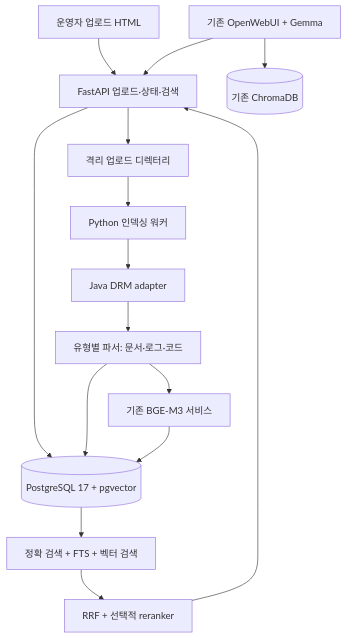
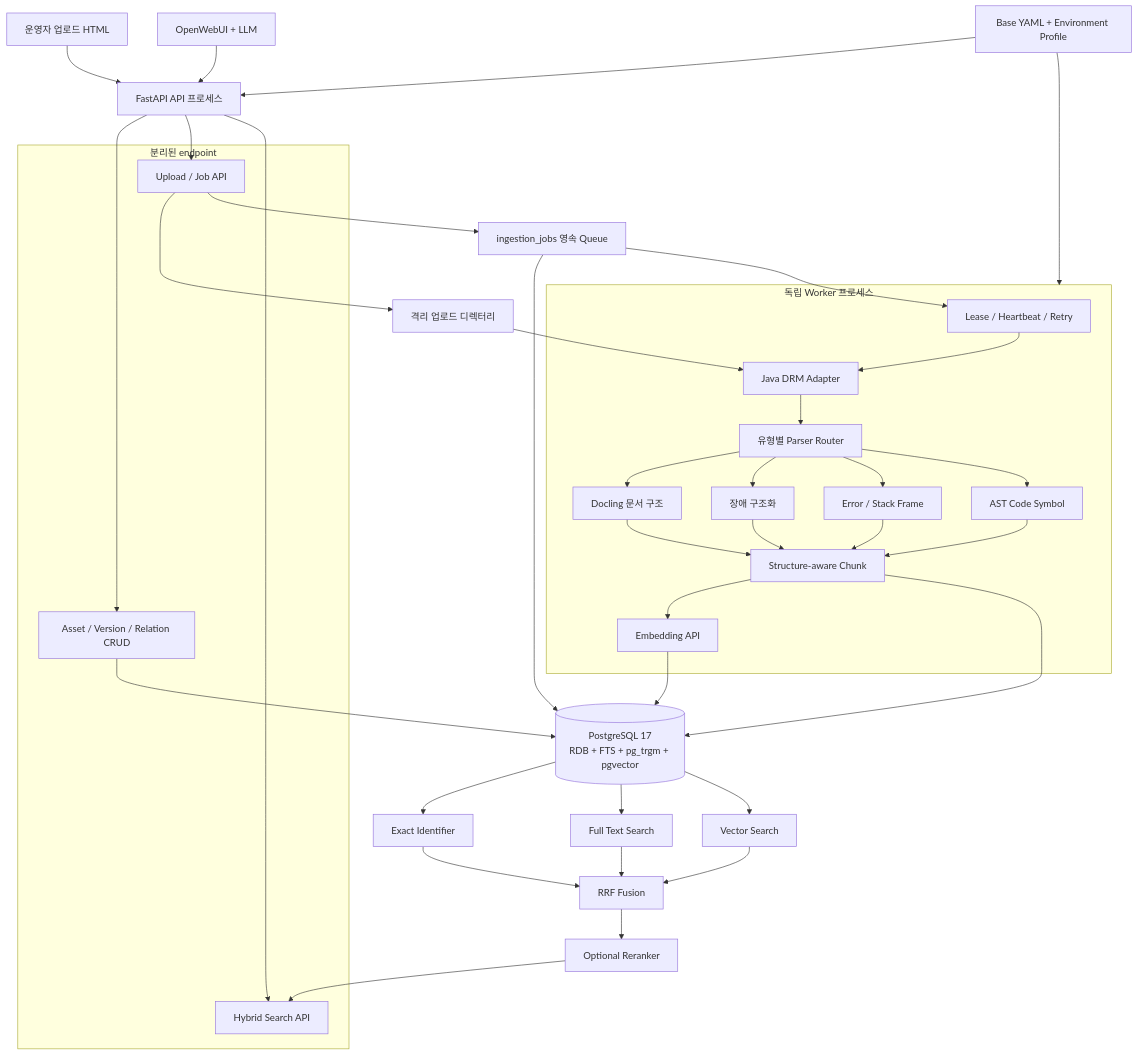
One commit to sngjng/ecm-rag changed the diagram in ARCHITECTURE_EDITABLE.mmd. Above: the diagram before and after it, drawn with Mermaid. The commit also changed 48 other files, not shown here.

Commit message:
refactor: migrate RAG pipeline to PostgreSQL and pgvector

```diff
--- a/ARCHITECTURE_EDITABLE.mmd
+++ b/ARCHITECTURE_EDITABLE.mmd
@@ -1,16 +1,48 @@
 flowchart TB
-    U["운영자 업로드 HTML"] --> A["FastAPI 업로드·상태·검색"]
-    A --> F["격리 업로드 디렉터리"]
-    A --> P[("PostgreSQL 17 + pgvector")]
-    F --> W["Python 인덱싱 워커"]
-    W --> D["Java DRM adapter"]
-    D --> T["유형별 파서: 문서·로그·코드"]
-    T --> E["기존 BGE-M3 서비스"]
-    T --> P
-    E --> P
-    P --> H["정확 검색 + FTS + 벡터 검색"]
-    H --> R["RRF + 선택적 reranker"]
-    R --> A
-    C[("기존 ChromaDB")]
-    O["기존 OpenWebUI + Gemma"] --> C
-    O --> A
+    U["운영자 업로드 HTML"] --> API["FastAPI API 프로세스"]
+    OW["OpenWebUI + LLM"] --> API
+
+    subgraph ENDPOINTS["분리된 endpoint"]
+        CRUD["Asset / Version / Relation CRUD"]
+        INGEST["Upload / Job API"]
+        SEARCH["Hybrid Search API"]
+    end
+    API --> CRUD
+    API --> INGEST
+    API --> SEARCH
+
+    CRUD --> PG[("PostgreSQL 17\nRDB + FTS + pg_trgm + pgvector")]
+    INGEST --> FILES["격리 업로드 디렉터리"]
+    INGEST --> QUEUE["ingestion_jobs 영속 Queue"]
+    QUEUE --> PG
+
+    subgraph WORKER["독립 Worker 프로세스"]
+        CLAIM["Lease / Heartbeat / Retry"] --> DRM["Java DRM Adapter"]
+        DRM --> ROUTER["유형별 Parser Router"]
+        ROUTER --> DOC["Docling 문서 구조"]
+        ROUTER --> INCIDENT["장애 구조화"]
+        ROUTER --> TRACE["Error / Stack Frame"]
+        ROUTER --> CODE["AST Code Symbol"]
+        DOC --> CHUNK["Structure-aware Chunk"]
+        INCIDENT --> CHUNK
+        TRACE --> CHUNK
+        CODE --> CHUNK
+        CHUNK --> EMBED["Embedding API"]
+    end
+
+    FILES --> DRM
+    QUEUE --> CLAIM
+    EMBED --> PG
+    CHUNK --> PG
+
+    PG --> EXACT["Exact Identifier"]
+    PG --> FTS["Full Text Search"]
+    PG --> VECTOR["Vector Search"]
+    EXACT --> RRF["RRF Fusion"]
+    FTS --> RRF
+    VECTOR --> RRF
+    RRF --> RERANK["Optional Reranker"]
+    RERANK --> SEARCH
+
+    YAML["Base YAML + Environment Profile"] --> API
+    YAML --> WORKER
```
